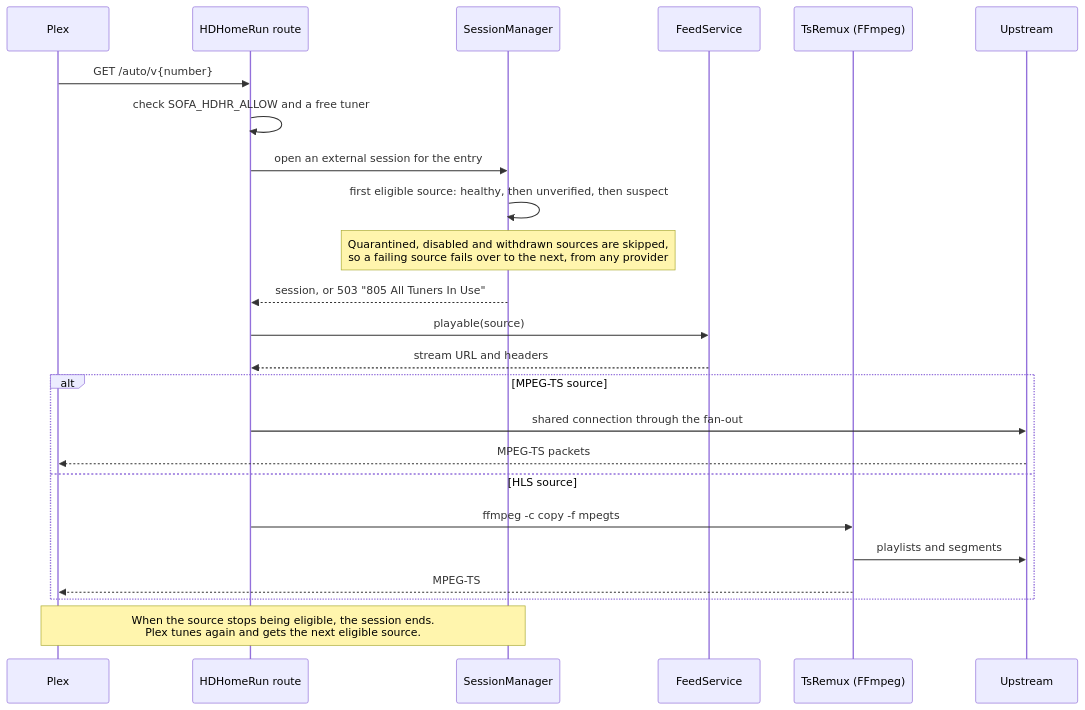
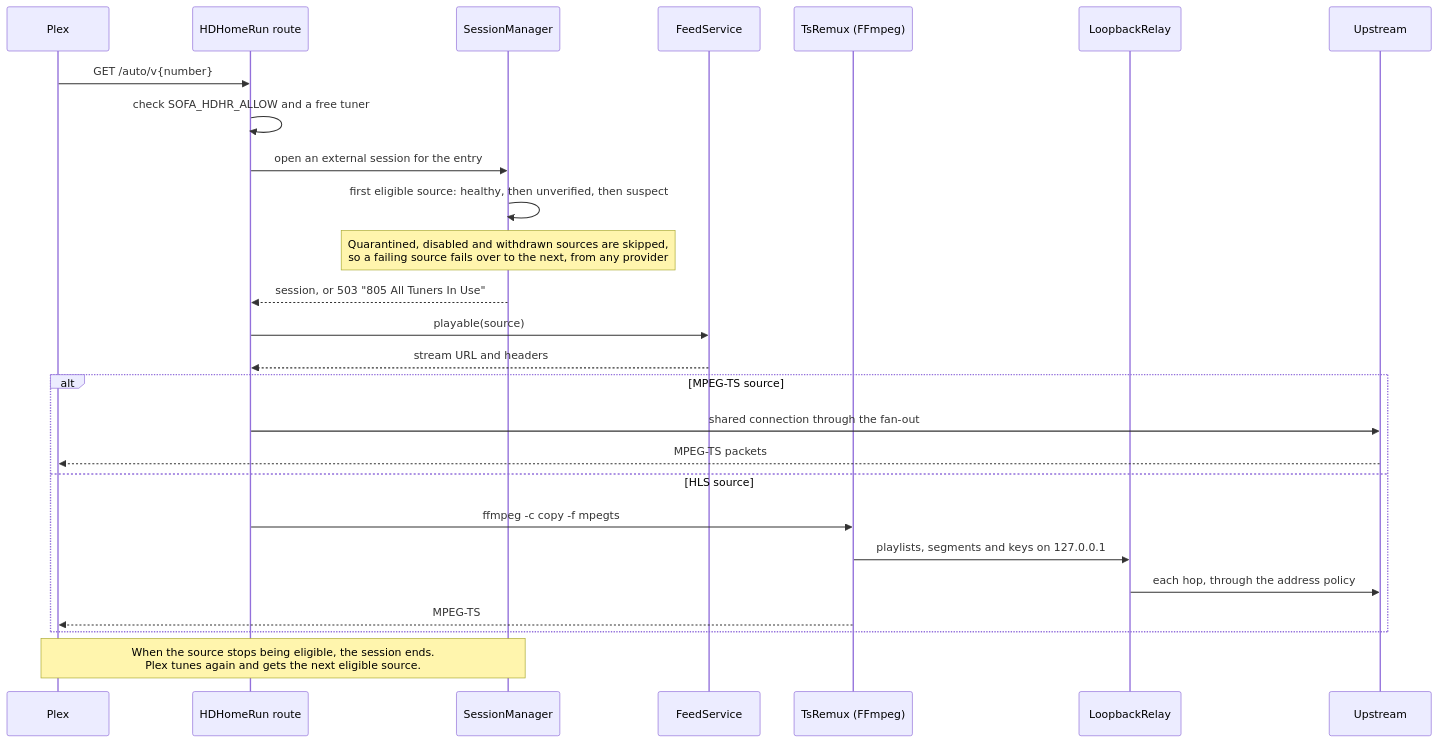
The second of 2 diagrams in backend/docs/architecture.md (jamesarich/sofa-king), drawn with Mermaid before and after one commit. The commit also changed other lines of this file and 18 other files, not shown here.

````diff
--- a/backend/docs/architecture.md
+++ b/backend/docs/architecture.md
@@ -46,26 +46,28 @@
 ```mermaid
 sequenceDiagram
     participant Plex
     participant Route as HDHomeRun route
     participant Sessions as SessionManager
     participant Feeds as FeedService
     participant Remux as TsRemux (FFmpeg)
+    participant Relay as LoopbackRelay
     participant Upstream
     Plex->>Route: GET /auto/v{number}
     Route->>Route: check SOFA_HDHR_ALLOW and a free tuner
     Route->>Sessions: open an external session for the entry
     Sessions->>Sessions: first eligible source: healthy, then unverified, then suspect
     Note over Sessions: Quarantined, disabled and withdrawn sources are skipped,<br/>so a failing source fails over to the next, from any provider
     Sessions-->>Route: session, or 503 "805 All Tuners In Use"
     Route->>Feeds: playable(source)
     Feeds-->>Route: stream URL and headers
     alt MPEG-TS source
         Route->>Upstream: shared connection through the fan-out
         Upstream-->>Plex: MPEG-TS packets
     else HLS source
         Route->>Remux: ffmpeg -c copy -f mpegts
-        Remux->>Upstream: playlists and segments
+        Remux->>Relay: playlists, segments and keys on 127.0.0.1
+        Relay->>Upstream: each hop, through the address policy
         Remux-->>Plex: MPEG-TS
     end
     Note over Plex,Sessions: When the source stops being eligible, the session ends.<br/>Plex tunes again and gets the next eligible source.
 ```
````
